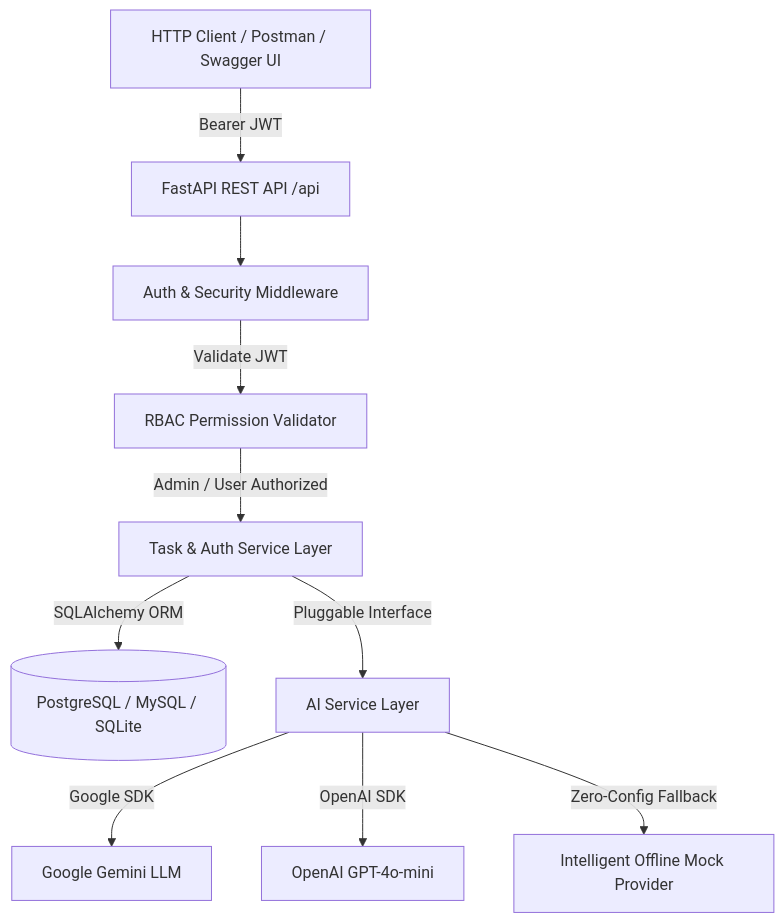
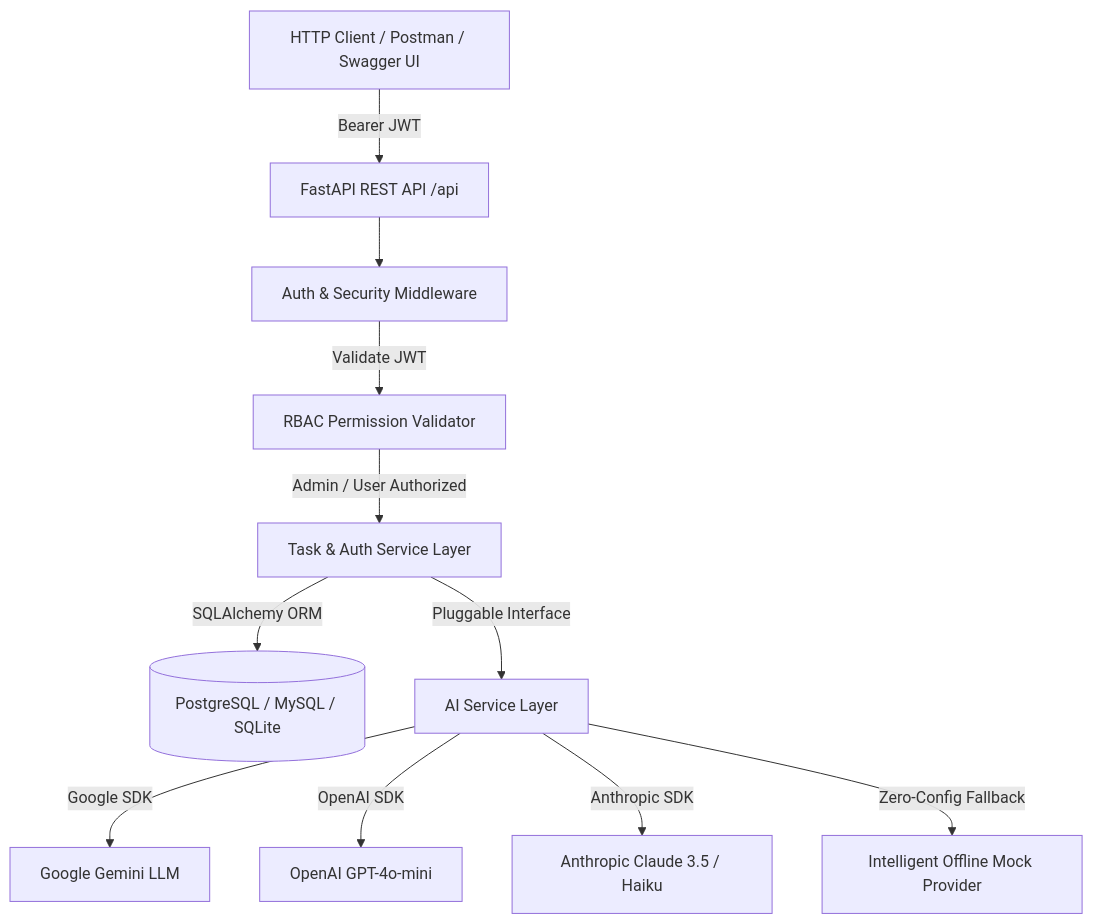
The diagram in README.md (nikhilthange/kanishka_backend), drawn with Mermaid before and after one commit. The commit also changed other lines of this file and 8 other files, not shown here.

Commit message:
feat(ai): add full Anthropic Claude support, expand AI schemas, and update test suite to 34 tests

````diff
--- a/README.md
+++ b/README.md
@@ -16,12 +16,13 @@
 ```mermaid
 graph TD
     Client[HTTP Client / Postman / Swagger UI] -->|Bearer JWT| FastAPI[FastAPI REST API /api]
     FastAPI --> AuthMiddleware[Auth & Security Middleware]
     AuthMiddleware -->|Validate JWT| RBAC[RBAC Permission Validator]
     RBAC -->|Admin / User Authorized| Service[Task & Auth Service Layer]
     Service -->|SQLAlchemy ORM| DB[(PostgreSQL / MySQL / SQLite)]
     Service -->|Pluggable Interface| AIService[AI Service Layer]
     AIService -->|Google SDK| Gemini[Google Gemini LLM]
     AIService -->|OpenAI SDK| OpenAI[OpenAI GPT-4o-mini]
+    AIService -->|Anthropic SDK| Claude[Anthropic Claude 3.5 / Haiku]
     AIService -->|Zero-Config Fallback| Mock[Intelligent Offline Mock Provider]
 ```
````
